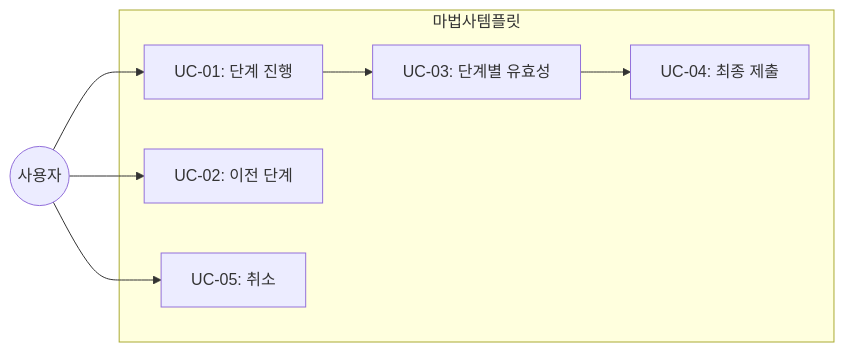
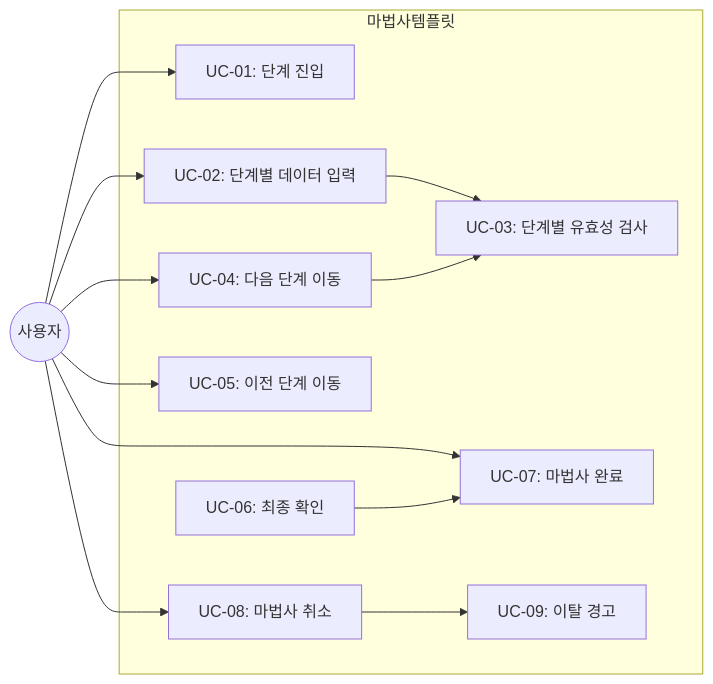
Before and after one commit to jongik-sv/mes-poc: the first of 2 diagrams in .orchay/projects/mes-portal/tasks/TSK-06-06/010-design.md, drawn with Mermaid. The commit also changed other lines of this file and 8 other files, not shown here.

````diff
--- a/.orchay/projects/mes-portal/tasks/TSK-06-06/010-design.md
+++ b/.orchay/projects/mes-portal/tasks/TSK-06-06/010-design.md
@@ -73,16 +108,25 @@
 ```mermaid
 flowchart LR
     subgraph 마법사템플릿
-        UC01[UC-01: 단계 진행]
-        UC02[UC-02: 이전 단계]
-        UC03[UC-03: 단계별 유효성]
-        UC04[UC-04: 최종 제출]
-        UC05[UC-05: 취소]
+        UC01[UC-01: 단계 진입]
+        UC02[UC-02: 단계별 데이터 입력]
+        UC03[UC-03: 단계별 유효성 검사]
+        UC04[UC-04: 다음 단계 이동]
+        UC05[UC-05: 이전 단계 이동]
+        UC06[UC-06: 최종 확인]
+        UC07[UC-07: 마법사 완료]
+        UC08[UC-08: 마법사 취소]
+        UC09[UC-09: 이탈 경고]
     end
 
     사용자((사용자)) --> UC01
-    UC01 --> UC03
     사용자 --> UC02
-    UC03 --> UC04
+    사용자 --> UC04
     사용자 --> UC05
+    사용자 --> UC07
+    사용자 --> UC08
+    UC02 --> UC03
+    UC04 --> UC03
+    UC06 --> UC07
+    UC08 --> UC09
 ```
````
